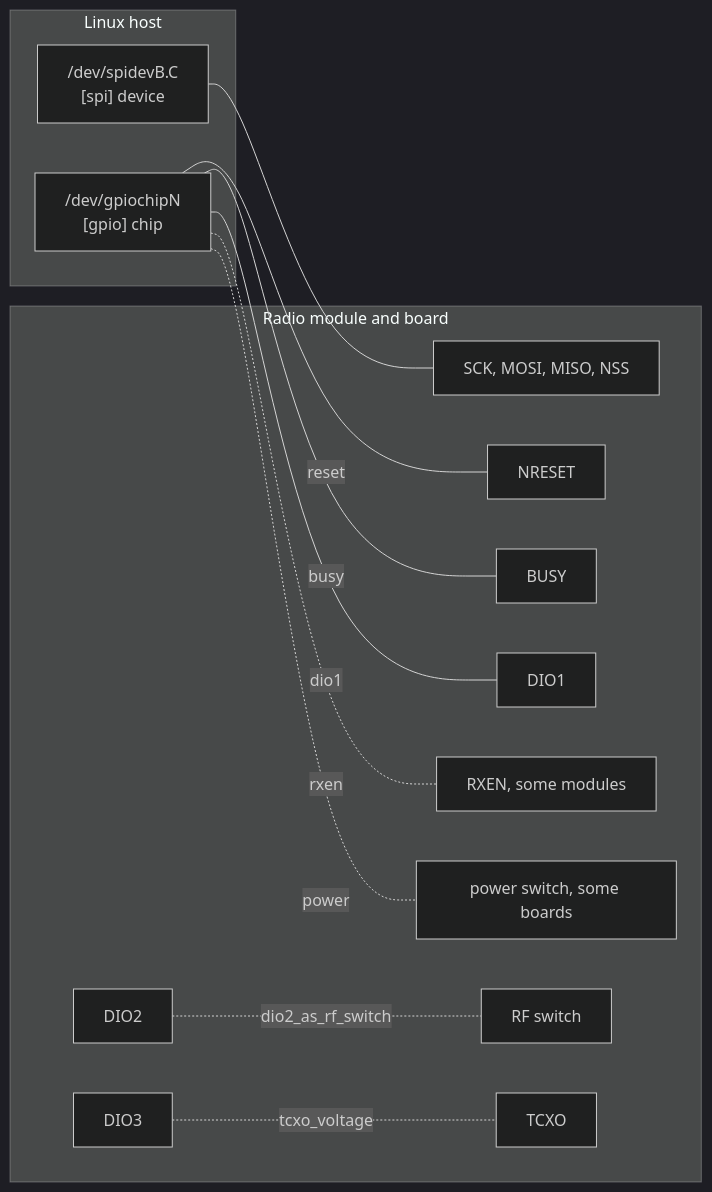
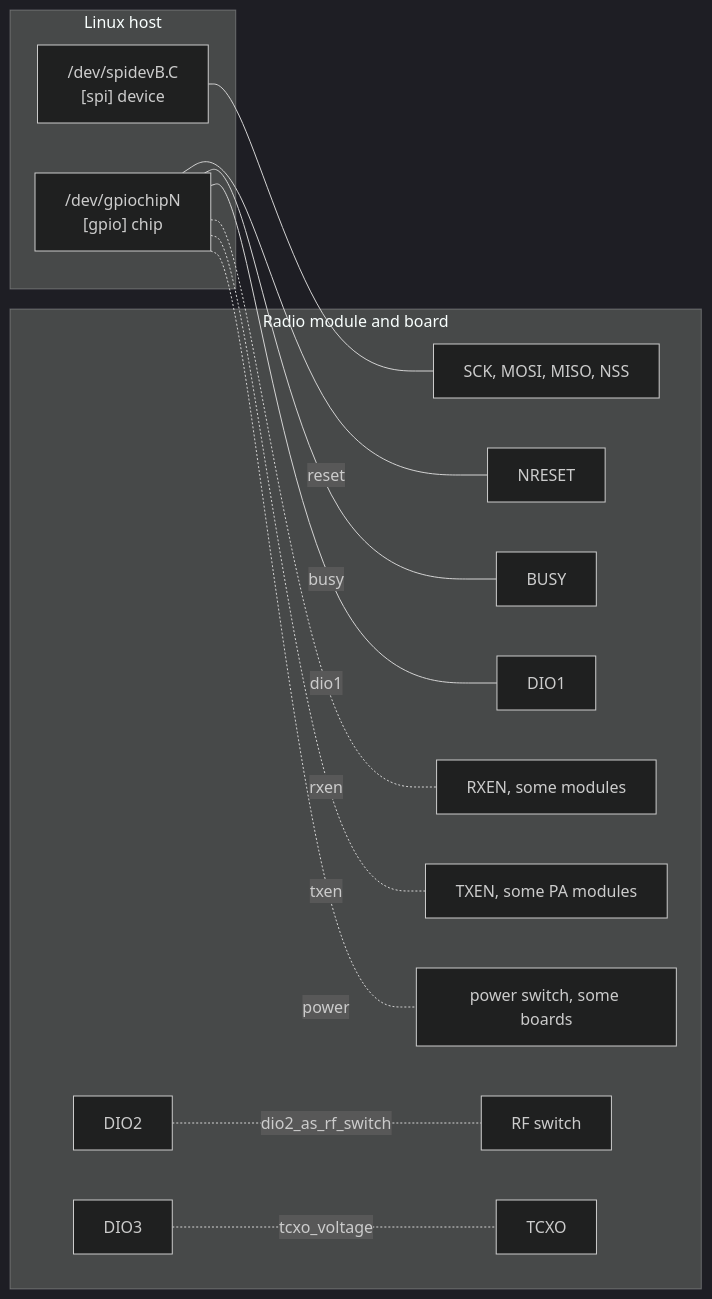
The third of 3 diagrams in README.md (arader/rnode-nomu), drawn with Mermaid (dark theme) before and after one commit. The commit also changed other lines of this file and 12 other files, not shown here.

````diff
--- a/README.md
+++ b/README.md
@@ -371,27 +373,29 @@
 ```mermaid
 flowchart LR
     subgraph Linux["Linux host"]
         SPIDEV["/dev/spidevB.C<br/>[spi] device"]
         CHIP["/dev/gpiochipN<br/>[gpio] chip"]
     end
     subgraph Board["Radio module and board"]
         BUS["SCK, MOSI, MISO, NSS"]
         NRESET["NRESET"]
         BUSY["BUSY"]
         DIO1["DIO1"]
         RXEN["RXEN, some modules"]
+        TXEN["TXEN, some PA modules"]
         PWR["power switch, some boards"]
         DIO2["DIO2"]
         DIO3["DIO3"]
         SWITCH["RF switch"]
         TCXO["TCXO"]
     end
     SPIDEV --- BUS
     CHIP ---|"reset"| NRESET
     CHIP ---|"busy"| BUSY
     CHIP ---|"dio1"| DIO1
     CHIP -.-|"rxen"| RXEN
+    CHIP -.-|"txen"| TXEN
     CHIP -.-|"power"| PWR
     DIO2 -.-|"dio2_as_rf_switch"| SWITCH
     DIO3 -.-|"tcxo_voltage"| TCXO
 ```
````
